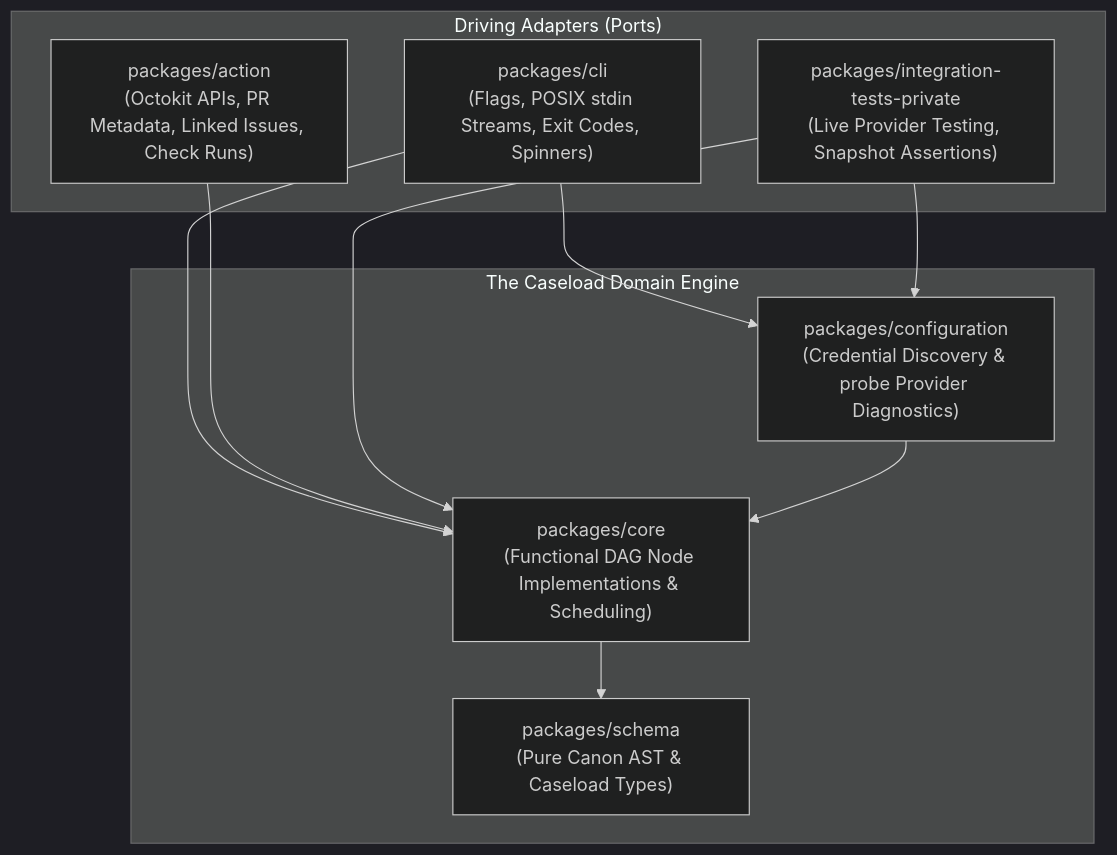
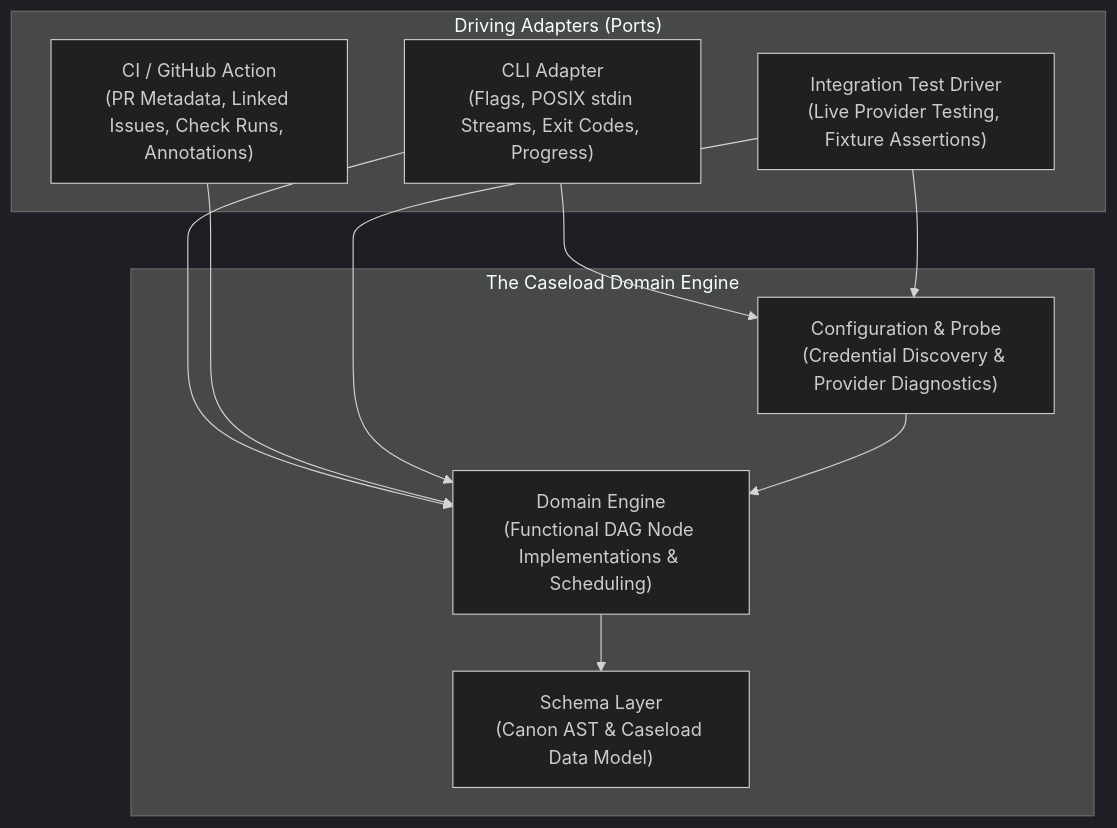
Before and after one commit to PAIR-code/canon-clerk: the second of 3 diagrams in docs/architecture/overview.md, drawn with Mermaid (dark theme). The commit also changed other lines of this file and 17 other files, not shown here.

Commit message:
refactor(docs): sanitize architecture and setup guides and purge legacy Node CI workflows

````diff
--- a/docs/architecture/overview.md
+++ b/docs/architecture/overview.md
@@ -90,23 +90,23 @@
 ```mermaid
 flowchart TD
     subgraph DrivingAdapters ["Driving Adapters (Ports)"]
-        CLI["packages/cli<br/>(Flags, POSIX stdin Streams, Exit Codes, Spinners)"]
-        Action["packages/action<br/>(Octokit APIs, PR Metadata, Linked Issues, Check Runs)"]
-        Integ["packages/integration-tests-private<br/>(Live Provider Testing, Snapshot Assertions)"]
+        CLI["CLI Adapter<br/>(Flags, POSIX stdin Streams, Exit Codes, Progress)"]
+        Action["CI / GitHub Action<br/>(PR Metadata, Linked Issues, Check Runs, Annotations)"]
+        Integ["Integration Test Driver<br/>(Live Provider Testing, Fixture Assertions)"]
     end
 
     subgraph CoreEngine ["The Caseload Domain Engine"]
-        Core["packages/core<br/>(Functional DAG Node Implementations & Scheduling)"]
-        Config["packages/configuration<br/>(Credential Discovery & probe Provider Diagnostics)"]
-        Schema["packages/schema<br/>(Pure Canon AST & Caseload Types)"]
+        Core["Domain Engine<br/>(Functional DAG Node Implementations & Scheduling)"]
+        Config["Configuration & Probe<br/>(Credential Discovery & Provider Diagnostics)"]
+        Schema["Schema Layer<br/>(Canon AST & Caseload Data Model)"]
     end
 
     CLI --> Core
     CLI --> Config
     Action --> Core
     Integ --> Core
     Integ --> Config
 
     Config --> Core
     Core --> Schema
 ```
````
